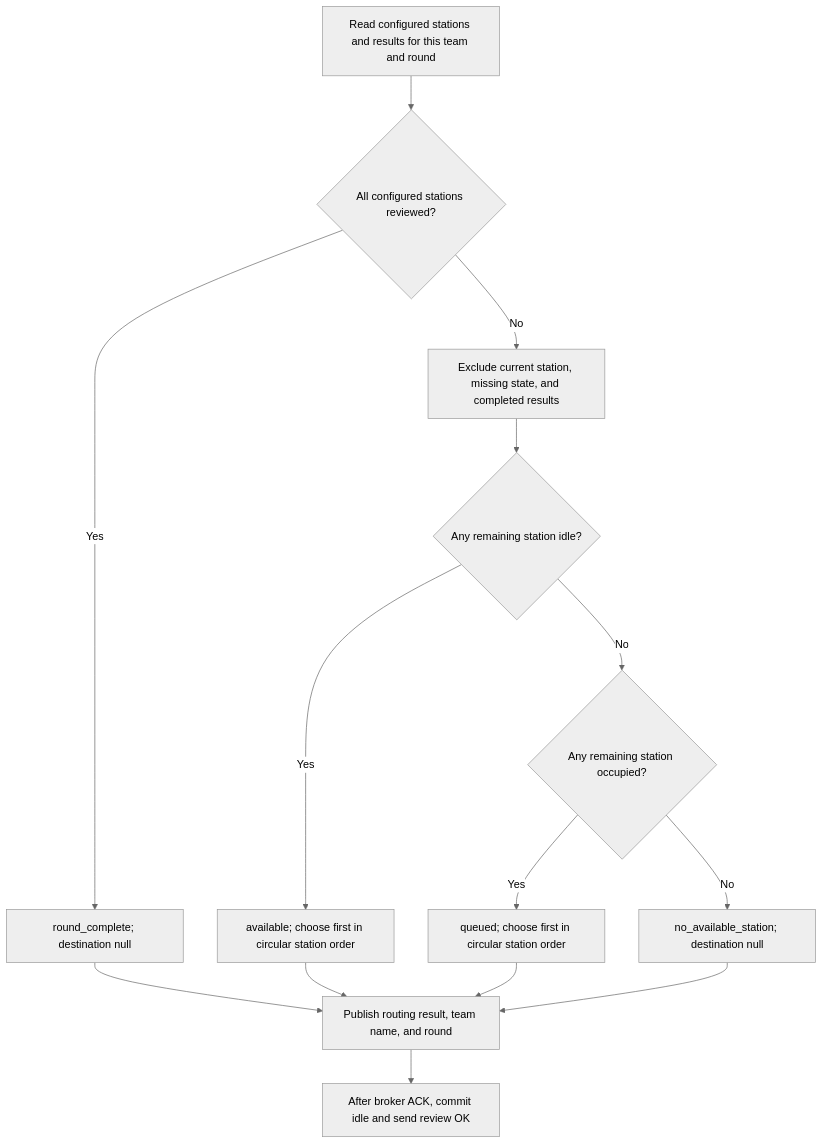
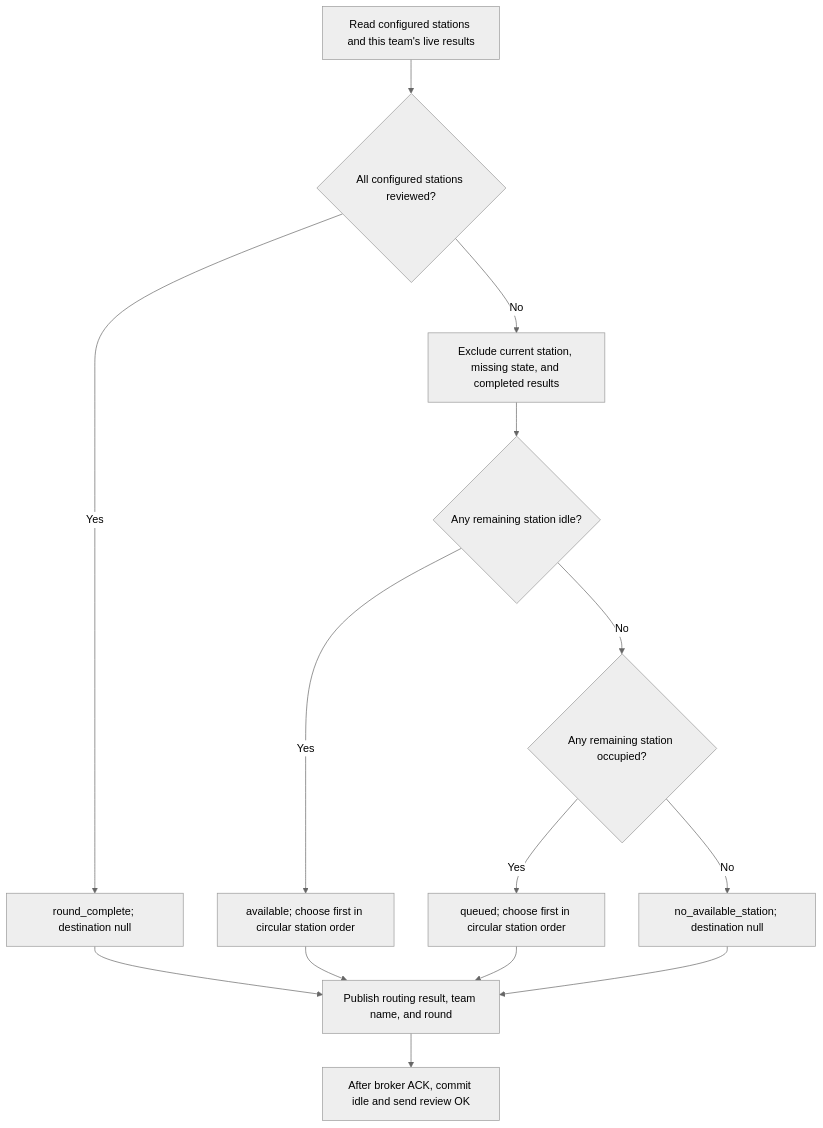
The fifth of 6 diagrams in docs/backend.md (GnomUltras/backend), drawn with Mermaid (neutral theme) before and after one commit. The commit also changed other lines of this file and 7 other files, not shown here.

````diff
--- a/docs/backend.md
+++ b/docs/backend.md
@@ -289,16 +296,16 @@
 ```mermaid
 flowchart TD
-    R[Read configured stations and results for this team and round] --> D{All configured stations reviewed?}
+    R[Read configured stations and this team's live results] --> D{All configured stations reviewed?}
     D -->|Yes| F[round_complete; destination null]
     D -->|No| S[Exclude current station, missing state, and completed results]
     S --> A{Any remaining station idle?}
     A -->|Yes| N[available; choose first in circular station order]
     A -->|No| B{Any remaining station occupied?}
     B -->|Yes| Q[queued; choose first in circular station order]
     B -->|No| E[no_available_station; destination null]
     N --> P[Publish routing result, team name, and round]
     Q --> P
     F --> P
     E --> P
     P --> I[After broker ACK, commit idle and send review OK]
 ```
````
